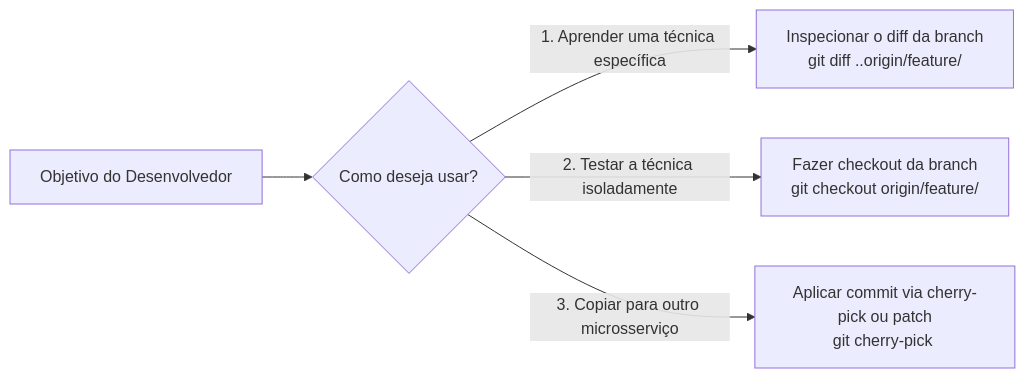
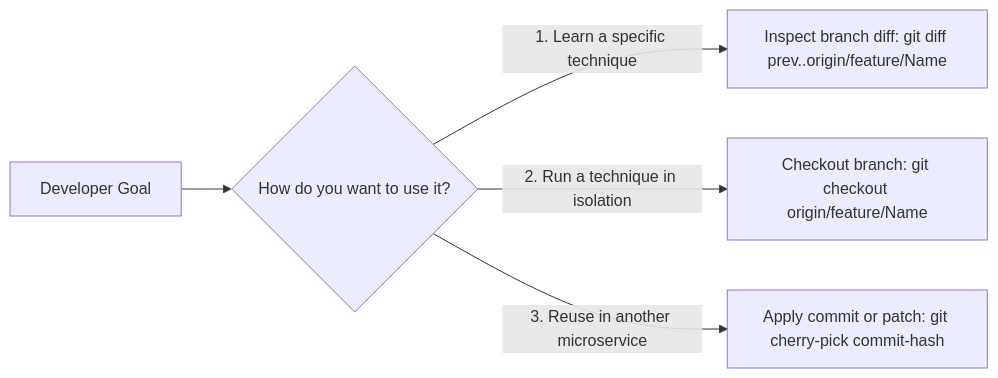
Before and after one commit to AlessandroMartini/quarkus-12factor-service-template: the third of 7 diagrams in README.MD, drawn with Mermaid. The commit also changed other lines of this file, not shown here.

Commit message:
docs: translate README to English and fix GitHub Mermaid syntax

````diff
--- a/README.MD
+++ b/README.MD
@@ -168,7 +168,7 @@
 ```mermaid
 flowchart LR
-    A["Objetivo do Desenvolvedor"] --> B{"Como deseja usar?"}
-    B -->|"1. Aprender uma técnica específica"| C["Inspecionar o diff da branch<br/>git diff <branch-anterior>..origin/feature/<Tecnica>"]
-    B -->|"2. Testar a técnica isoladamente"| D["Fazer checkout da branch<br/>git checkout origin/feature/<Tecnica>"]
-    B -->|"3. Copiar para outro microsserviço"| E["Aplicar commit via cherry-pick ou patch<br/>git cherry-pick <commit-hash>"]
+    A["Developer Goal"] --> B{"How do you want to use it?"}
+    B -->|"1. Learn a specific technique"| C["Inspect branch diff: git diff prev..origin/feature/Name"]
+    B -->|"2. Run a technique in isolation"| D["Checkout branch: git checkout origin/feature/Name"]
+    B -->|"3. Reuse in another microservice"| E["Apply commit or patch: git cherry-pick commit-hash"]
 ```
````
